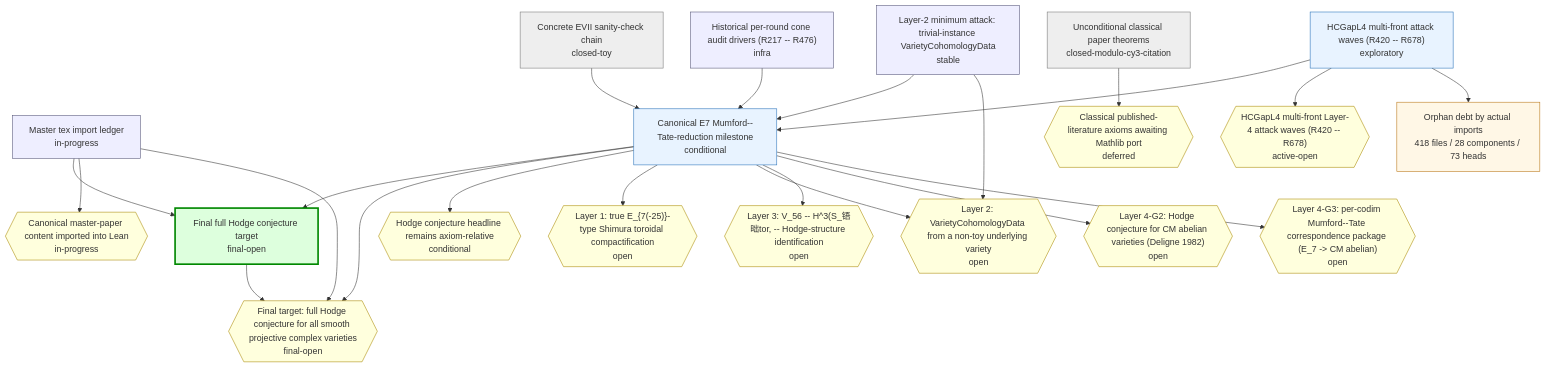
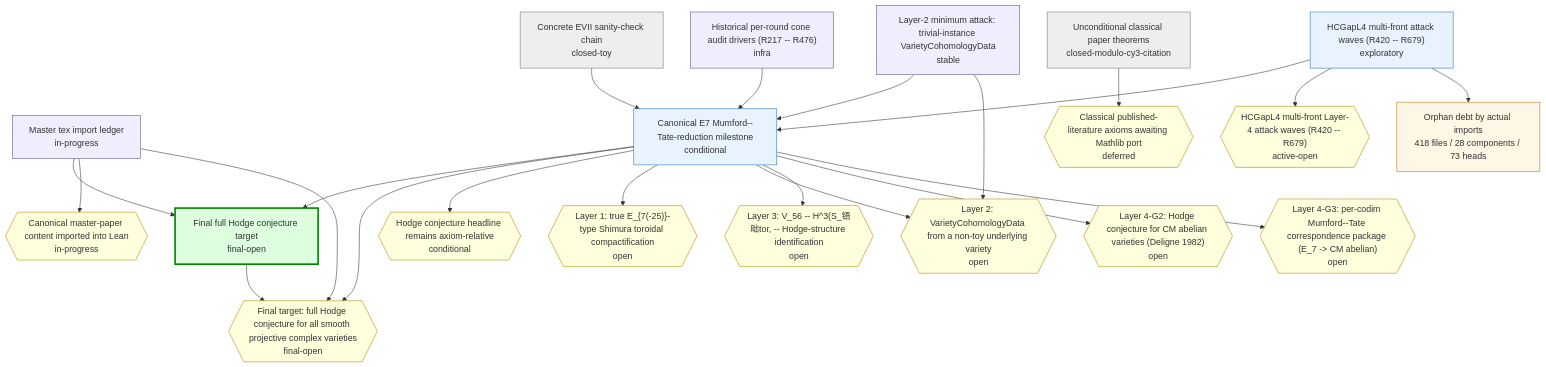
Before and after one commit to crabsatellite/hodge-conjecture-lean4-formalization: the first of 2 diagrams in chain-status/research-map.md, drawn with Mermaid. The commit also changed other lines of this file and 8 other files, not shown here.

````diff
--- a/chain-status/research-map.md
+++ b/chain-status/research-map.md
@@ -46,54 +46,54 @@
 ```mermaid
 graph TD
   classDef main fill:#dfd,stroke:#080,stroke-width:3px
   classDef active fill:#e8f3ff,stroke:#2670b8
   classDef support fill:#eef,stroke:#557
   classDef closed fill:#eee,stroke:#777
   classDef dead fill:#fdd,stroke:#a00,stroke-width:2px
   classDef gapOpen fill:#ffd,stroke:#a80
   classDef gapClosed fill:#eee,stroke:#777
   classDef gapDead fill:#fdd,stroke:#a00
   classDef debt fill:#fff7e6,stroke:#b87514
   classDef debtTaxonomy fill:#e8f3ff,stroke:#2670b8,stroke-dasharray:3 3
   classDef debtRule fill:#eefbea,stroke:#398439,stroke-dasharray:3 3
   classDef debtDead fill:#fdd,stroke:#a00,stroke-dasharray:3 3
   chain_full_hc_final_target["Final full Hodge conjecture target\nfinal-open"]:::main
   chain_master_paper_import_ledger["Master tex import ledger\nin-progress"]:::support
   chain_main_hc_axiom_relative["Canonical E7 Mumford--Tate-reduction milestone\nconditional"]:::active
   chain_unconditional_classical["Unconditional classical paper theorems\nclosed-modulo-cy3-citation"]:::closed
   chain_hcgap_l2_trivial_instances["Layer-2 minimum attack: trivial-instance VarietyCohomologyData\nstable"]:::support
-  chain_hcgap_l4_multifront_active["HCGapL4 multi-front attack waves (R420 -- R678)\nexploratory"]:::active
+  chain_hcgap_l4_multifront_active["HCGapL4 multi-front attack waves (R420 -- R679)\nexploratory"]:::active
   chain_concrete_evii_toy["Concrete EVII sanity-check chain\nclosed-toy"]:::closed
   chain_historical_cone_audits["Historical per-round cone audit drivers (R217 -- R476)\ninfra"]:::support
   gap_G_full_hc{{"Final target: full Hodge conjecture for all smooth projective complex varieties\nfinal-open"}}:::gapOpen
   gap_G_master_paper_import{{"Canonical master-paper content imported into Lean\nin-progress"}}:::gapOpen
   gap_G_main_hc{{"Hodge conjecture headline remains axiom-relative\nconditional"}}:::gapOpen
   gap_G_l1_e7_shimura_tor{{"Layer 1: true E_{7(-25)}-type Shimura toroidal compactification\nopen"}}:::gapOpen
   gap_G_l2_cohomology_construction{{"Layer 2: VarietyCohomologyData from a non-toy underlying variety\nopen"}}:::gapOpen
   gap_G_l3_v56_mt_identification{{"Layer 3: V_56 -- H^3(S_铻昢tor, -- Hodge-structure identification\nopen"}}:::gapOpen
   gap_G_l4_cm_abelian_hc{{"Layer 4-G2: Hodge conjecture for CM abelian varieties (Deligne 1982)\nopen"}}:::gapOpen
   gap_G_l4_mt_correspondence{{"Layer 4-G3: per-codim Mumford--Tate correspondence package (E_7 -> CM abelian)\nopen"}}:::gapOpen
   gap_G_classical_mathlib_port{{"Classical published-literature axioms awaiting Mathlib port\ndeferred"}}:::gapOpen
-  gap_G_hcgap_l4_multifront{{"HCGapL4 multi-front Layer-4 attack waves (R420 -- R678)\nactive-open"}}:::gapOpen
+  gap_G_hcgap_l4_multifront{{"HCGapL4 multi-front Layer-4 attack waves (R420 -- R679)\nactive-open"}}:::gapOpen
   chain_full_hc_final_target --> gap_G_full_hc
   chain_master_paper_import_ledger --> chain_full_hc_final_target
   chain_master_paper_import_ledger --> gap_G_master_paper_import
   chain_master_paper_import_ledger --> gap_G_full_hc
   chain_main_hc_axiom_relative --> chain_full_hc_final_target
   chain_main_hc_axiom_relative --> gap_G_full_hc
   chain_main_hc_axiom_relative --> gap_G_main_hc
   chain_main_hc_axiom_relative --> gap_G_l1_e7_shimura_tor
   chain_main_hc_axiom_relative --> gap_G_l2_cohomology_construction
   chain_main_hc_axiom_relative --> gap_G_l3_v56_mt_identification
   chain_main_hc_axiom_relative --> gap_G_l4_cm_abelian_hc
   chain_main_hc_axiom_relative --> gap_G_l4_mt_correspondence
   chain_unconditional_classical --> gap_G_classical_mathlib_port
   chain_hcgap_l2_trivial_instances --> chain_main_hc_axiom_relative
   chain_hcgap_l2_trivial_instances --> gap_G_l2_cohomology_construction
   chain_hcgap_l4_multifront_active --> chain_main_hc_axiom_relative
   chain_hcgap_l4_multifront_active --> gap_G_hcgap_l4_multifront
   chain_concrete_evii_toy --> chain_main_hc_axiom_relative
   chain_historical_cone_audits --> chain_main_hc_axiom_relative
   debt_all["Orphan debt by actual imports\n418 files / 28 components / 73 heads"]:::debt
   chain_hcgap_l4_multifront_active --> debt_all
 ```
````
